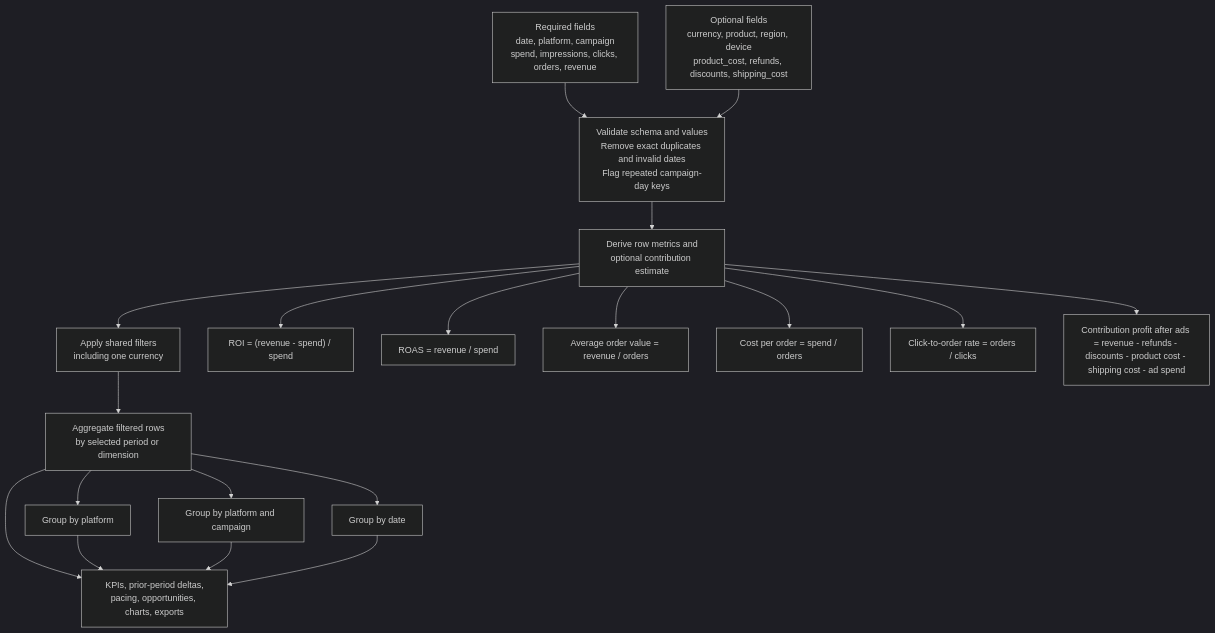
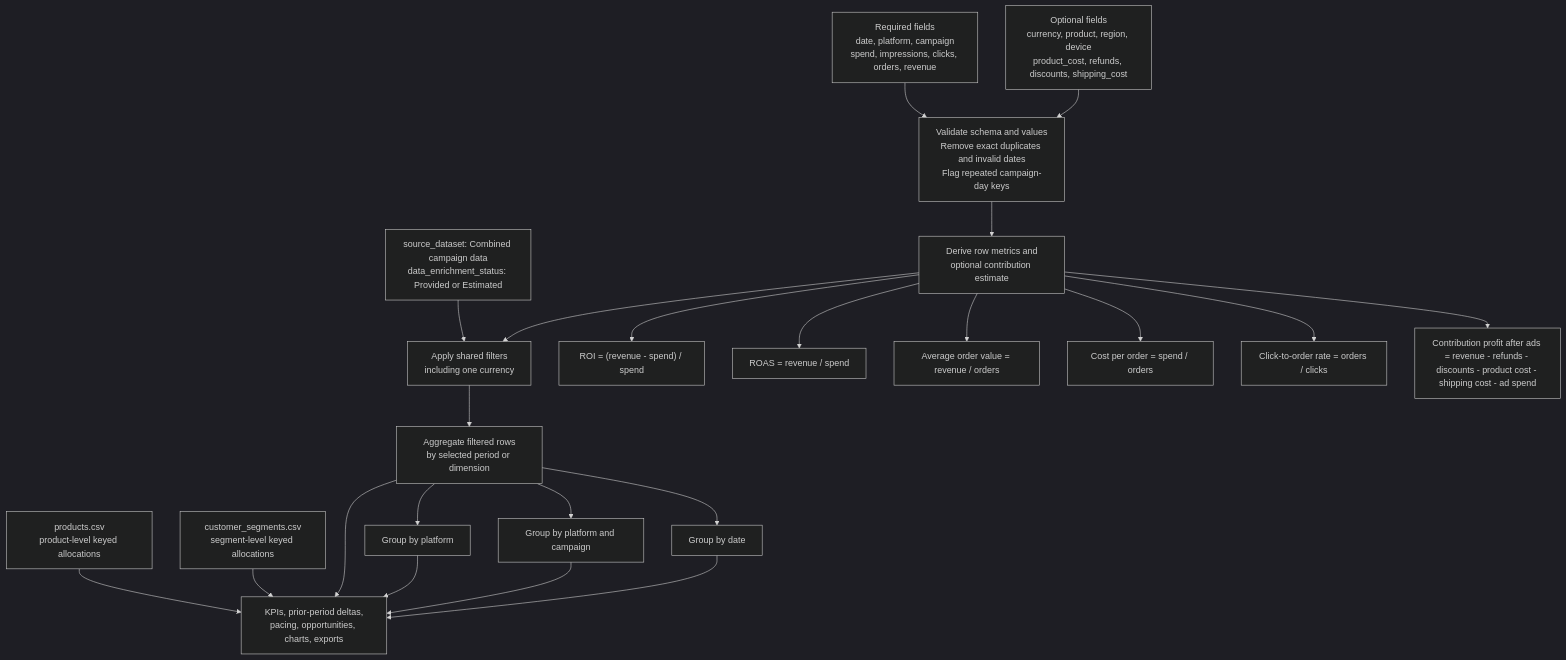
One commit to SudhaSugum/Gen-Academy-MAI-Project-Week1 changed the third of 3 diagrams in README.md. Above: the diagram before and after it, drawn with Mermaid (dark theme). The commit also changed other lines of this file and 26 other files, not shown here.

````diff
--- a/README.md
+++ b/README.md
@@ -114,28 +139,34 @@
 ```mermaid
 flowchart TD
     CSV["Required fields<br/>date, platform, campaign<br/>spend, impressions, clicks, orders, revenue"]
     Optional["Optional fields<br/>currency, product, region, device<br/>product_cost, refunds, discounts, shipping_cost"]
+    Provenance["source_dataset: Combined campaign data<br/>data_enrichment_status: Provided or Estimated"]
+    ProductSummary["products.csv<br/>product-level keyed allocations"]
+    SegmentSummary["customer_segments.csv<br/>segment-level keyed allocations"]
     Validate["Validate schema and values<br/>Remove exact duplicates and invalid dates<br/>Flag repeated campaign-day keys"]
     Derive["Derive row metrics and<br/>optional contribution estimate"]
     Filter["Apply shared filters<br/>including one currency"]
     Group["Aggregate filtered rows<br/>by selected period or dimension"]
     Output["KPIs, prior-period deltas,<br/>pacing, opportunities, charts, exports"]
 
     CSV --> Validate
     Optional --> Validate
+    Provenance --> Filter
+    ProductSummary --> Output
+    SegmentSummary --> Output
     Validate --> Derive --> Filter --> Group --> Output
 
     Derive --> ROI["ROI = (revenue - spend) / spend"]
     Derive --> ROAS["ROAS = revenue / spend"]
     Derive --> AOV["Average order value = revenue / orders"]
     Derive --> CPO["Cost per order = spend / orders"]
     Derive --> CVR["Click-to-order rate = orders / clicks"]
     Derive --> Profit["Contribution profit after ads = revenue - refunds - discounts - product cost - shipping cost - ad spend"]
 
     Group --> Channel["Group by platform"]
     Group --> Campaign["Group by platform and campaign"]
     Group --> Daily["Group by date"]
     Channel --> Output
     Campaign --> Output
     Daily --> Output
 ```
````
